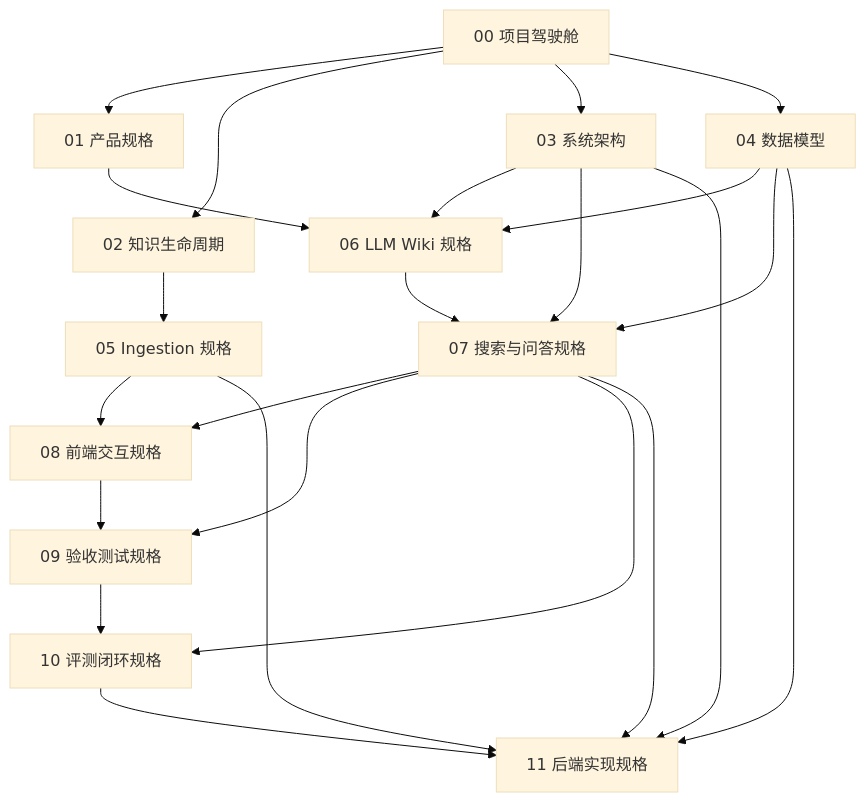
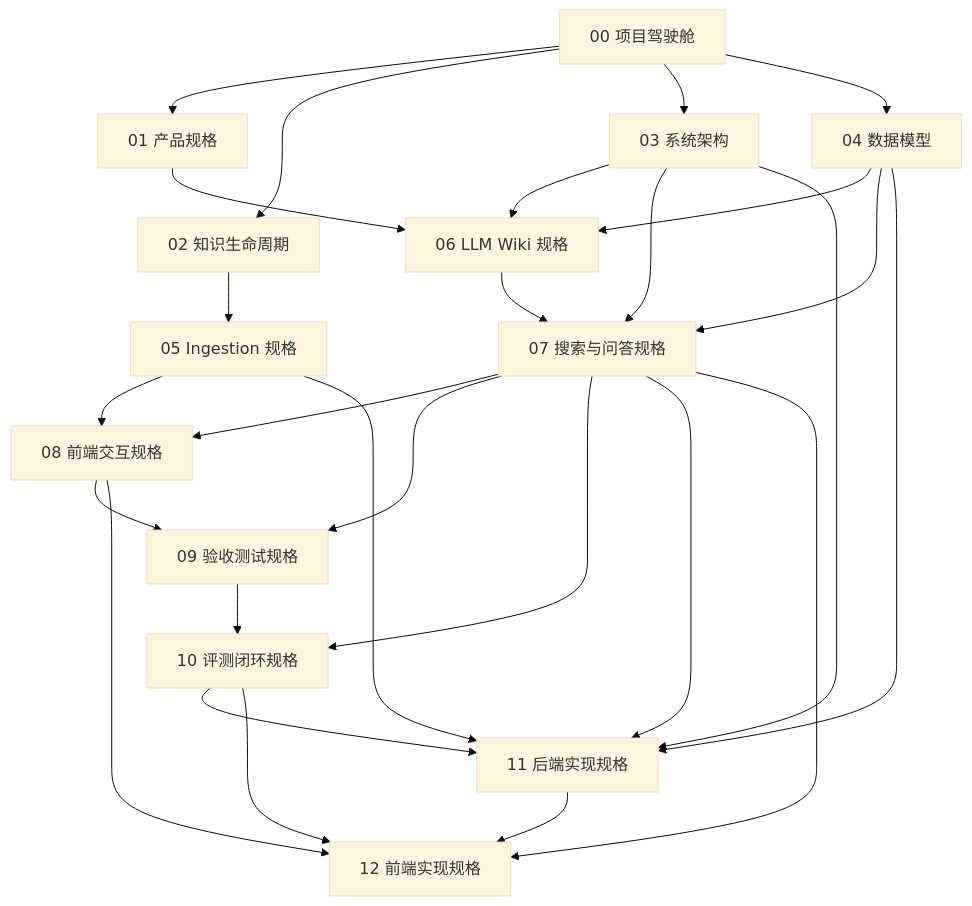
Before and after one commit to LittleBlacky/KnowWeave: the seventh of 7 diagrams in docs/00-project-dashboard.md, drawn with Mermaid (base theme). The commit also changed other lines of this file and 14 other files, not shown here.

````diff
--- a/docs/00-project-dashboard.md
+++ b/docs/00-project-dashboard.md
@@ -245,25 +245,29 @@
 ```mermaid
 flowchart TD
   D0["00 项目驾驶舱"] --> D1["01 产品规格"]
   D0 --> D2["02 知识生命周期"]
   D0 --> D3["03 系统架构"]
   D0 --> D4["04 数据模型"]
   D2 --> D5["05 Ingestion 规格"]
   D1 --> D6["06 LLM Wiki 规格"]
   D3 --> D6
   D4 --> D6
   D3 --> D7["07 搜索与问答规格"]
   D4 --> D7
   D6 --> D7
   D7 --> D8["08 前端交互规格"]
   D5 --> D8
   D8 --> D9["09 验收测试规格"]
   D7 --> D9
   D7 --> D10["10 评测闭环规格"]
   D9 --> D10
   D3 --> D11["11 后端实现规格"]
   D4 --> D11
   D5 --> D11
   D7 --> D11
   D10 --> D11
+  D8 --> D12["12 前端实现规格"]
+  D11 --> D12
+  D7 --> D12
+  D10 --> D12
 ```
````
